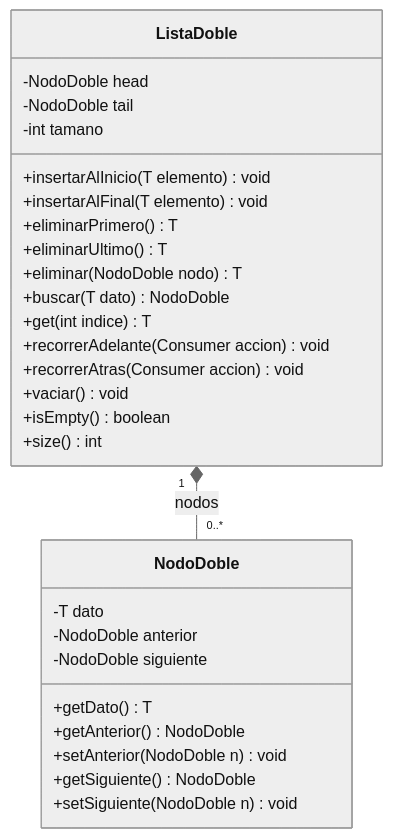
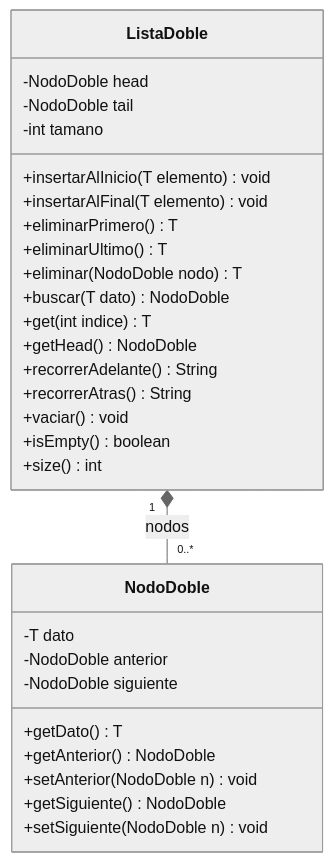
One commit to santiagoSuarez219/nodo-edu changed the seventh of 7 diagrams in content/cursos/estructuras-de-datos/guias/lab-listas-dobles-y-archivos-proyecto-de-aula.md. Above: the diagram before and after it, drawn with Mermaid (neutral theme). The commit also changed other lines of this file, not shown here.

First line of the commit message:
content(estructuras-de-datos): remove Consumer from doubly linked list lab

````diff
--- a/content/cursos/estructuras-de-datos/guias/lab-listas-dobles-y-archivos-proyecto-de-aula.md
+++ b/content/cursos/estructuras-de-datos/guias/lab-listas-dobles-y-archivos-proyecto-de-aula.md
@@ -219,31 +219,32 @@
 ```mermaid
 classDiagram
   class NodoDoble {
     -T dato
     -NodoDoble anterior
     -NodoDoble siguiente
     +getDato() T
     +getAnterior() NodoDoble
     +setAnterior(NodoDoble n) void
     +getSiguiente() NodoDoble
     +setSiguiente(NodoDoble n) void
   }
   class ListaDoble {
     -NodoDoble head
     -NodoDoble tail
     -int tamano
     +insertarAlInicio(T elemento) void
     +insertarAlFinal(T elemento) void
     +eliminarPrimero() T
     +eliminarUltimo() T
     +eliminar(NodoDoble nodo) T
     +buscar(T dato) NodoDoble
     +get(int indice) T
-    +recorrerAdelante(Consumer accion) void
-    +recorrerAtras(Consumer accion) void
+    +getHead() NodoDoble
+    +recorrerAdelante() String
+    +recorrerAtras() String
     +vaciar() void
     +isEmpty() boolean
     +size() int
   }
   ListaDoble "1" *-- "0..*" NodoDoble : nodos
 ```
````
